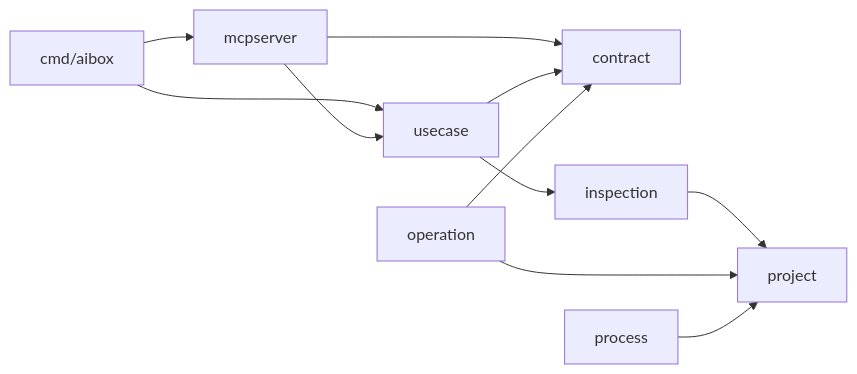
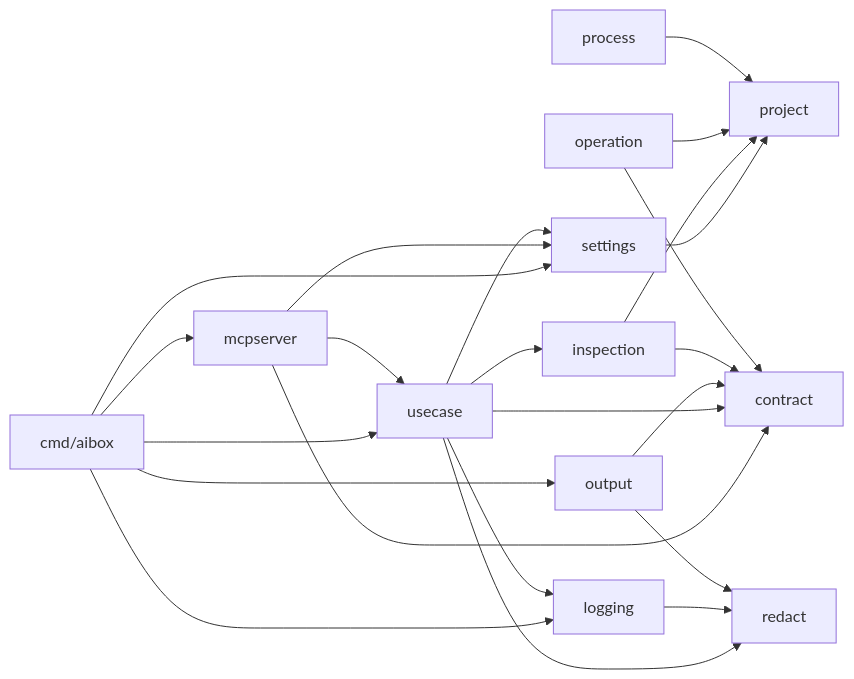
One commit to projectious-work/aibox changed the second of 2 diagrams in docs-site/content/docs/architecture/building-blocks.md. Above: the diagram before and after it, drawn with Mermaid. The commit also changed other lines of this file and 10 other files, not shown here.

First line of the commit message:
docs(v1): document settings, logging and redaction

````diff
--- a/docs-site/content/docs/architecture/building-blocks.md
+++ b/docs-site/content/docs/architecture/building-blocks.md
@@ -66,13 +71,25 @@
 ```mermaid
 flowchart LR
   main[cmd/aibox] --> usecase
   main --> mcpserver
+  main --> settings
+  main --> logging
+  main --> output
   mcpserver --> usecase
+  mcpserver --> settings
   mcpserver --> contract
   usecase --> contract
   usecase --> inspection
+  usecase --> settings
+  usecase --> logging
+  usecase --> redact
+  logging --> redact
+  output --> contract
+  output --> redact
+  settings --> project
+  inspection --> contract
   inspection --> project
   operation --> contract
   operation --> project
   process --> project
 ```
````
